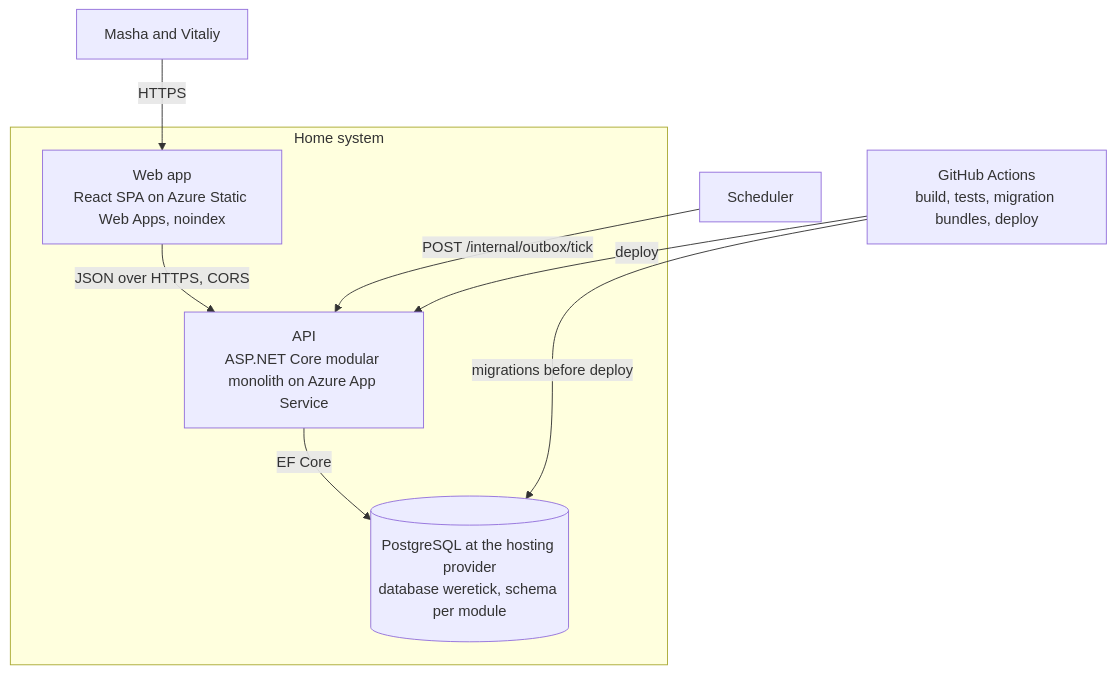
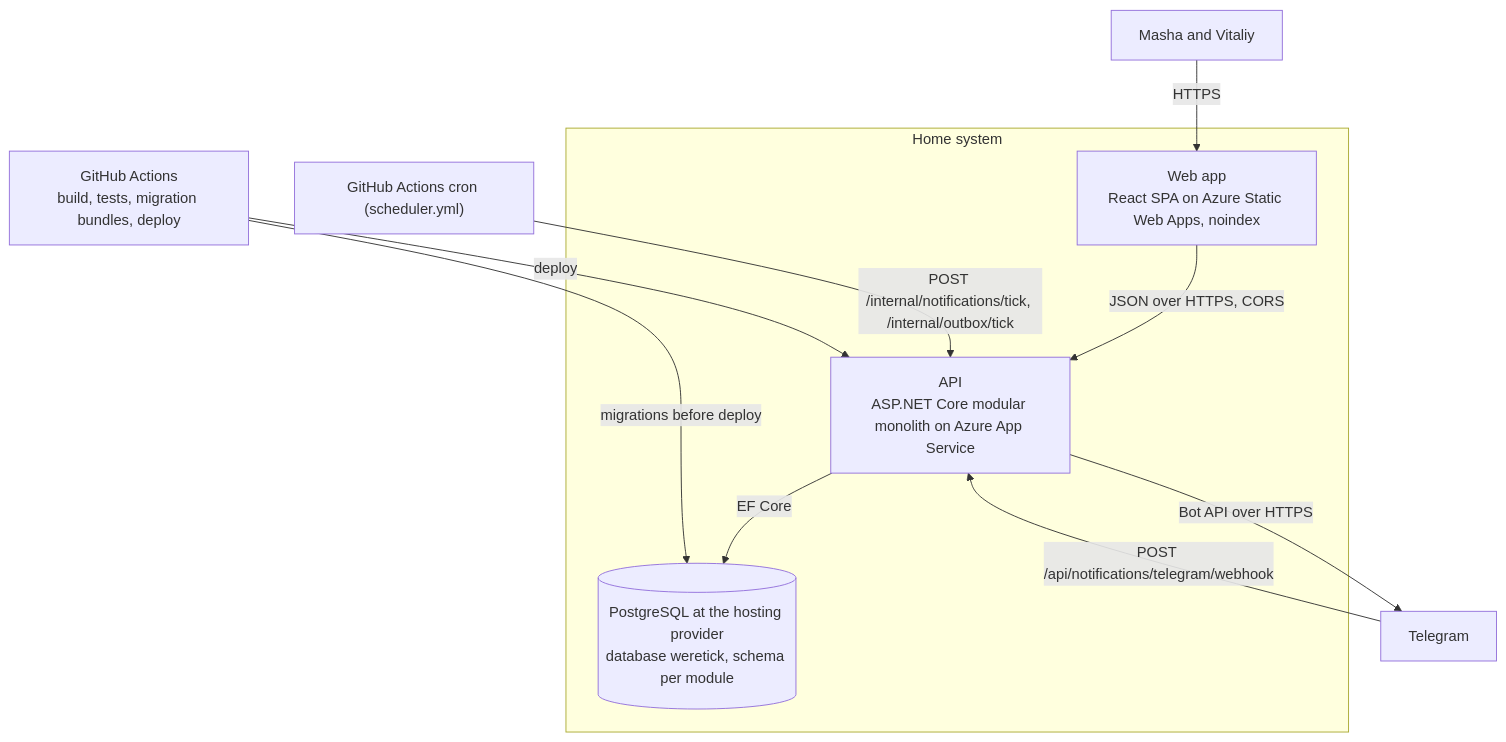
The second of 3 diagrams in api/docs/architecture/c4.md (Weretik/home-app), drawn with Mermaid before and after one commit. The commit also changed other lines of this file and 238 other files, not shown here.

First line of the commit message:
Notifications: one Telegram bot for digests and reminders; gift purchase plan becomes a to-do

````diff
--- a/api/docs/architecture/c4.md
+++ b/api/docs/architecture/c4.md
@@ -31,16 +35,18 @@
 ```mermaid
 flowchart TB
     family["Masha and Vitaliy"] -->|HTTPS| web
 
     subgraph system [Home system]
         web["Web app<br/>React SPA on Azure Static Web Apps, noindex"]
         api["API<br/>ASP.NET Core modular monolith on Azure App Service"]
         db[("PostgreSQL at the hosting provider<br/>database weretick, schema per module")]
     end
 
     web -->|"JSON over HTTPS, CORS"| api
     api -->|EF Core| db
-    scheduler["Scheduler"] -->|"POST /internal/outbox/tick"| api
+    scheduler["GitHub Actions cron (scheduler.yml)"] -->|"POST /internal/notifications/tick, /internal/outbox/tick"| api
+    api -->|"Bot API over HTTPS"| telegram["Telegram"]
+    telegram -->|"POST /api/notifications/telegram/webhook"| api
     actions["GitHub Actions<br/>build, tests, migration bundles, deploy"] -->|"migrations before deploy"| db
     actions -->|deploy| api
 ```
````
